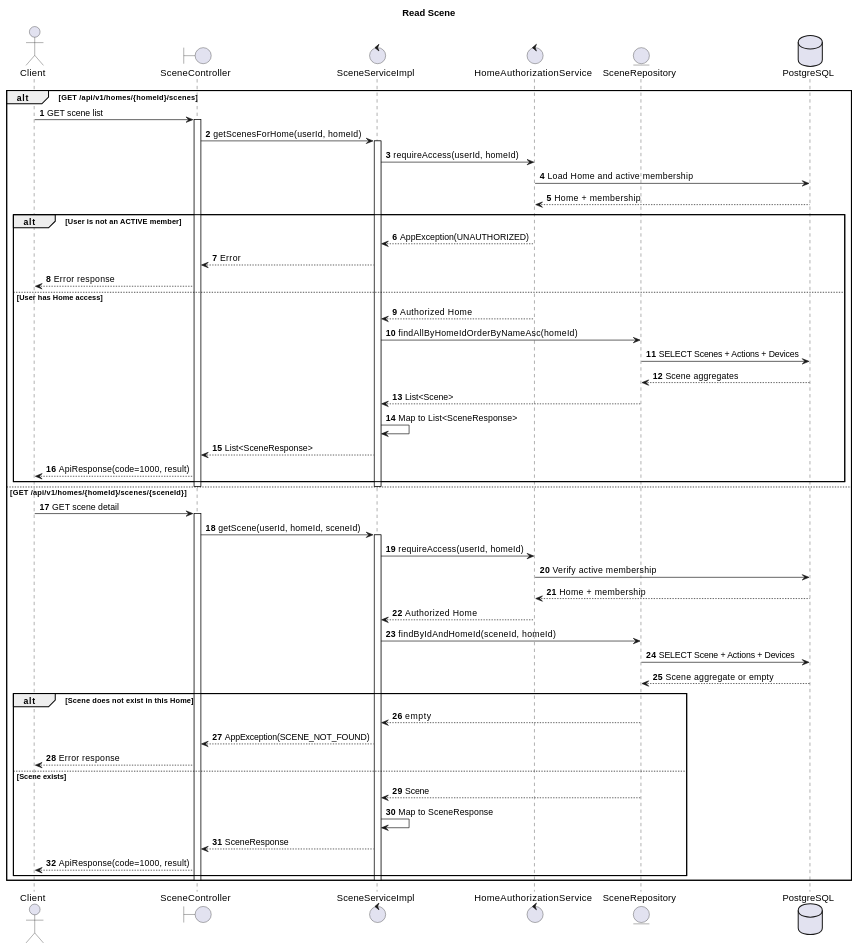
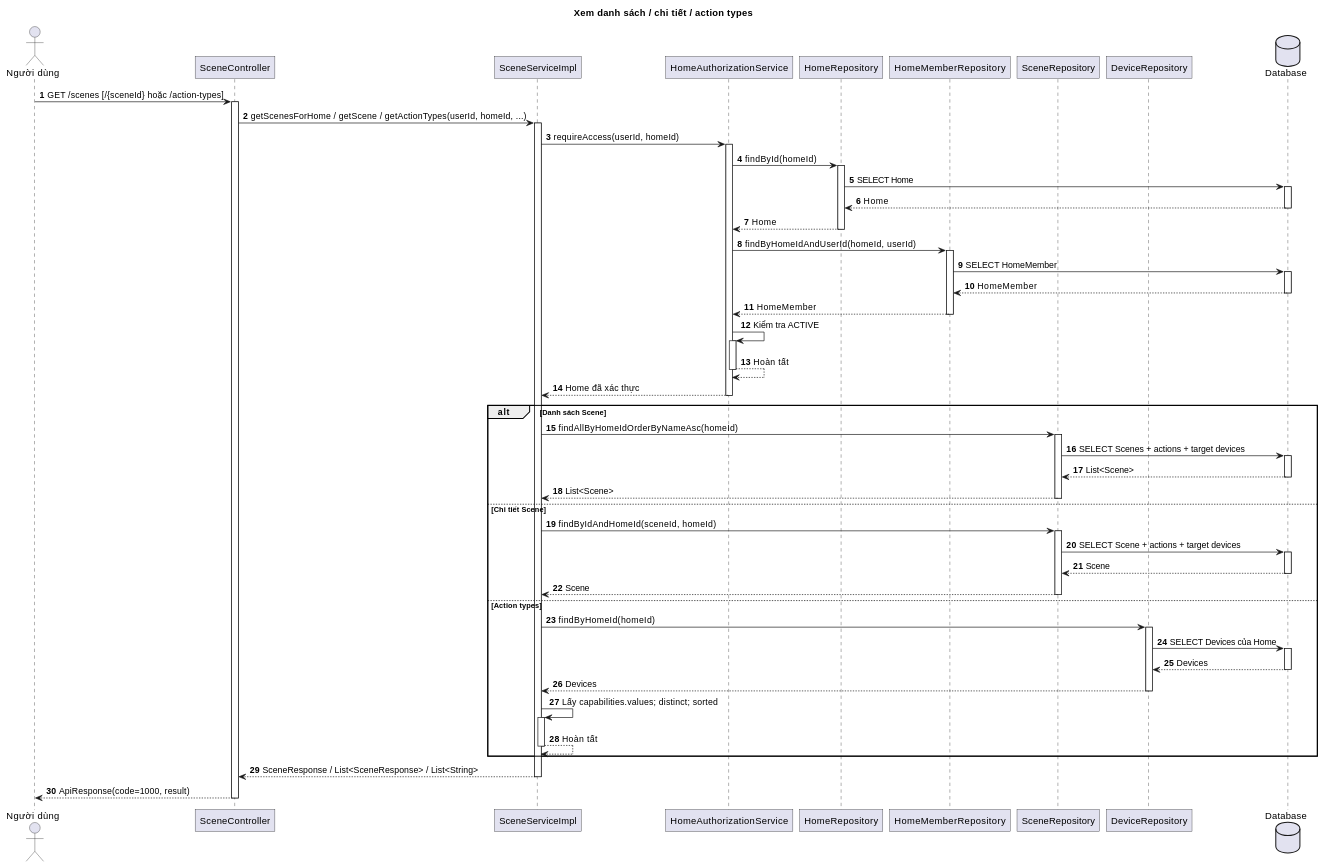
The sixth of 13 diagrams in docs/SCENE_CRUD_DIAGRAMS.md (diethon/backend_hesta), drawn with PlantUML before and after one commit. The commit also changed other lines of this file and 3 other files, not shown here.

````diff
--- a/docs/SCENE_CRUD_DIAGRAMS.md
+++ b/docs/SCENE_CRUD_DIAGRAMS.md
@@ -403,67 +622,84 @@
 ```plantuml
-@startuml Scene_Read_Sequence
-title Read Scene
+@startuml Scene_Read
+title Xem danh sách / chi tiết / action types
+skinparam backgroundColor white
+skinparam shadowing false
+skinparam roundcorner 0
+skinparam defaultFontName Arial
+
 autonumber
-
-actor Client
-boundary SceneController as Controller
-control SceneServiceImpl as Service
-control HomeAuthorizationService as Authorization
-entity SceneRepository as SceneRepo
-database PostgreSQL as DB
-
-alt GET /api/v1/homes/{homeId}/scenes
-    Client -> Controller: GET scene list
-    activate Controller
-    Controller -> Service: getScenesForHome(userId, homeId)
-    activate Service
-    Service -> Authorization: requireAccess(userId, homeId)
-    Authorization -> DB: Load Home and active membership
-    DB --> Authorization: Home + membership
-
-    alt User is not an ACTIVE member
-        Authorization --> Service: AppException(UNAUTHORIZED)
-        Service --> Controller: Error
-        Controller --> Client: Error response
-    else User has Home access
-        Authorization --> Service: Authorized Home
-        Service -> SceneRepo: findAllByHomeIdOrderByNameAsc(homeId)
-        SceneRepo -> DB: SELECT Scenes + Actions + Devices
-        DB --> SceneRepo: Scene aggregates
-        SceneRepo --> Service: List<Scene>
-        Service -> Service: Map to List<SceneResponse>
-        Service --> Controller: List<SceneResponse>
-        Controller --> Client: ApiResponse(code=1000, result)
-    end
-    deactivate Service
-    deactivate Controller
-
-else GET /api/v1/homes/{homeId}/scenes/{sceneId}
-    Client -> Controller: GET scene detail
-    activate Controller
-    Controller -> Service: getScene(userId, homeId, sceneId)
-    activate Service
-    Service -> Authorization: requireAccess(userId, homeId)
-    Authorization -> DB: Verify active membership
-    DB --> Authorization: Home + membership
-    Authorization --> Service: Authorized Home
-    Service -> SceneRepo: findByIdAndHomeId(sceneId, homeId)
-    SceneRepo -> DB: SELECT Scene + Actions + Devices
-    DB --> SceneRepo: Scene aggregate or empty
-
-    alt Scene does not exist in this Home
-        SceneRepo --> Service: empty
-        Service --> Controller: AppException(SCENE_NOT_FOUND)
-        Controller --> Client: Error response
-    else Scene exists
-        SceneRepo --> Service: Scene
-        Service -> Service: Map to SceneResponse
-        Service --> Controller: SceneResponse
-        Controller --> Client: ApiResponse(code=1000, result)
-    end
-    deactivate Service
-    deactivate Controller
+actor "Người dùng" as Client
+participant "SceneController" as Controller
+participant "SceneServiceImpl" as Service
+participant "HomeAuthorizationService" as Auth
+participant "HomeRepository" as HomeRepo
+participant "HomeMemberRepository" as MemberRepo
+participant "SceneRepository" as SceneRepo
+participant "DeviceRepository" as DeviceRepo
+database "Database" as DB
+Client -> Controller: GET /scenes [/{sceneId} hoặc /action-types]
+activate Controller
+Controller -> Service: getScenesForHome / getScene / getActionTypes(userId, homeId, ...)
+activate Service
+Service -> Auth: requireAccess(userId, homeId)
+activate Auth
+Auth -> HomeRepo: findById(homeId)
+activate HomeRepo
+HomeRepo -> DB: SELECT Home
+activate DB
+DB --> HomeRepo: Home
+deactivate DB
+HomeRepo --> Auth: Home
+deactivate HomeRepo
+Auth -> MemberRepo: findByHomeIdAndUserId(homeId, userId)
+activate MemberRepo
+MemberRepo -> DB: SELECT HomeMember
+activate DB
+DB --> MemberRepo: HomeMember
+deactivate DB
+MemberRepo --> Auth: HomeMember
+deactivate MemberRepo
+Auth -> Auth: Kiểm tra ACTIVE
+activate Auth
+Auth --> Auth: Hoàn tất
+deactivate Auth
+Auth --> Service: Home đã xác thực
+deactivate Auth
+alt Danh sách Scene
+Service -> SceneRepo: findAllByHomeIdOrderByNameAsc(homeId)
+activate SceneRepo
+SceneRepo -> DB: SELECT Scenes + actions + target devices
+activate DB
+DB --> SceneRepo: List<Scene>
+deactivate DB
+SceneRepo --> Service: List<Scene>
+deactivate SceneRepo
+else Chi tiết Scene
+Service -> SceneRepo: findByIdAndHomeId(sceneId, homeId)
+activate SceneRepo
+SceneRepo -> DB: SELECT Scene + actions + target devices
+activate DB
+DB --> SceneRepo: Scene
+deactivate DB
+SceneRepo --> Service: Scene
+deactivate SceneRepo
+else Action types
+Service -> DeviceRepo: findByHomeId(homeId)
+activate DeviceRepo
+DeviceRepo -> DB: SELECT Devices của Home
+activate DB
+DB --> DeviceRepo: Devices
+deactivate DB
+DeviceRepo --> Service: Devices
+deactivate DeviceRepo
+Service -> Service: Lấy capabilities.values; distinct; sorted
+activate Service
+Service --> Service: Hoàn tất
+deactivate Service
 end
-
+Service --> Controller: SceneResponse / List<SceneResponse> / List<String>
+deactivate Service
+Controller --> Client: ApiResponse(code=1000, result)
+deactivate Controller
 @enduml
 ```
````
